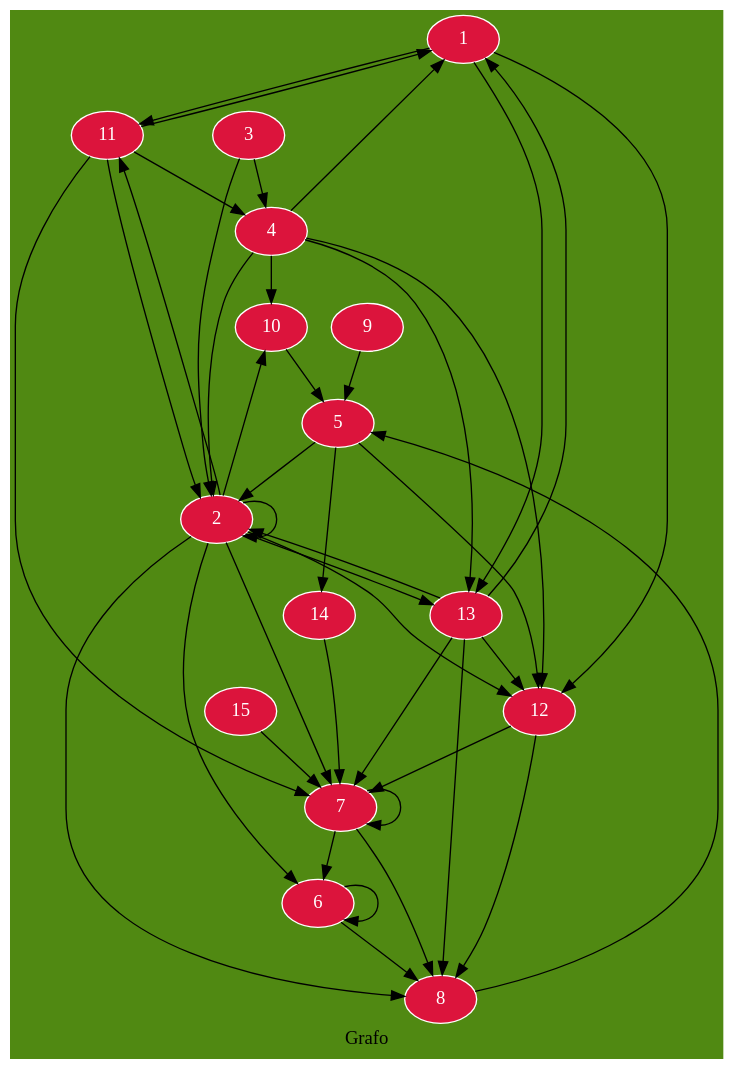
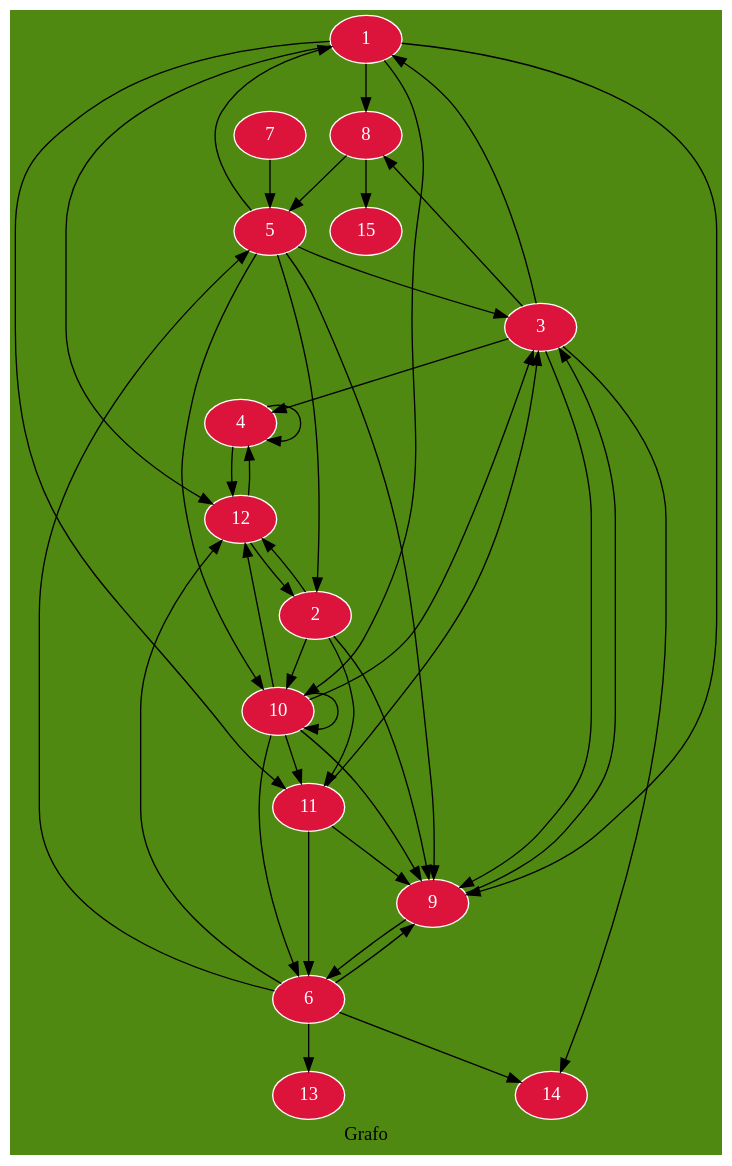
The diagram in Fase 3/Cliente/EDDimg/Grafo.dot (Desconocido502/-EDD_2S-BatallaNaval_201902502), drawn with Graphviz before and after one commit. The commit also changed 19 other files, not shown here.

```diff
--- a/Fase 3/Cliente/EDDimg/Grafo.dot
+++ b/Fase 3/Cliente/EDDimg/Grafo.dot
@@ -1,64 +1,49 @@
 
 digraph G {
 node [fontcolor="white", color=white , style=filled, fillcolor=Crimson]
 bgcolor = "#508912";
 label="Grafo";
-	1
+	1->8
+	1->9
+	1->10
 	1->11
 	1->12
-	1->13
-	2
-	2->2
-	2->6
-	2->7
-	2->8
+	2->9
 	2->10
 	2->11
 	2->12
-	2->13
-	3
-	3->2
+	3->1
 	3->4
-	4
-	4->1
-	4->2
-	4->10
+	3->8
+	3->9
+	3->14
+	4->4
 	4->12
-	4->13
-	5
+	5->1
 	5->2
-	5->12
-	5->14
-	6
-	6->6
-	6->8
-	7
-	7->6
-	7->7
-	7->8
-	8
+	5->3
+	5->9
+	5->10
+	6->5
+	6->9
+	6->12
+	6->13
+	6->14
+	7->5
 	8->5
-	9
-	9->5
-	10
-	10->5
-	11
-	11->1
-	11->2
-	11->4
-	11->7
-	12
-	12->7
-	12->8
-	13
-	13->1
-	13->2
-	13->7
-	13->8
-	13->12
-	14
-	14->7
-	15
-	15->7
+	8->15
+	9->3
+	9->6
+	10->3
+	10->6
+	10->9
+	10->10
+	10->11
+	10->12
+	11->3
+	11->6
+	11->9
+	12->2
+	12->4
 
 }
```
